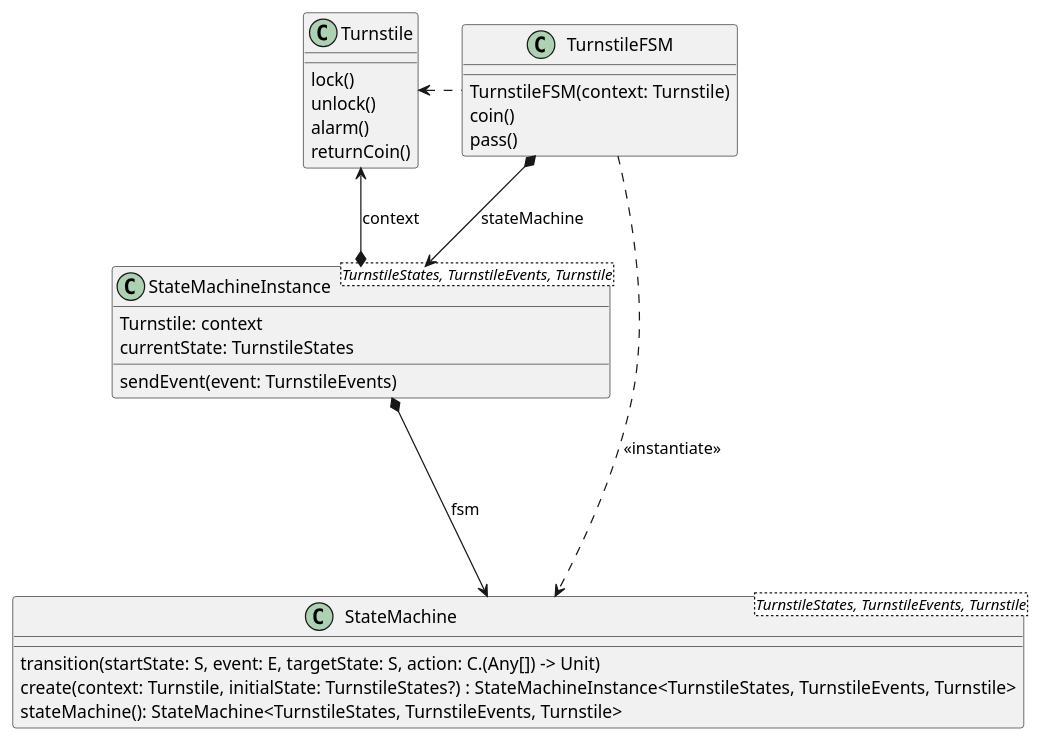
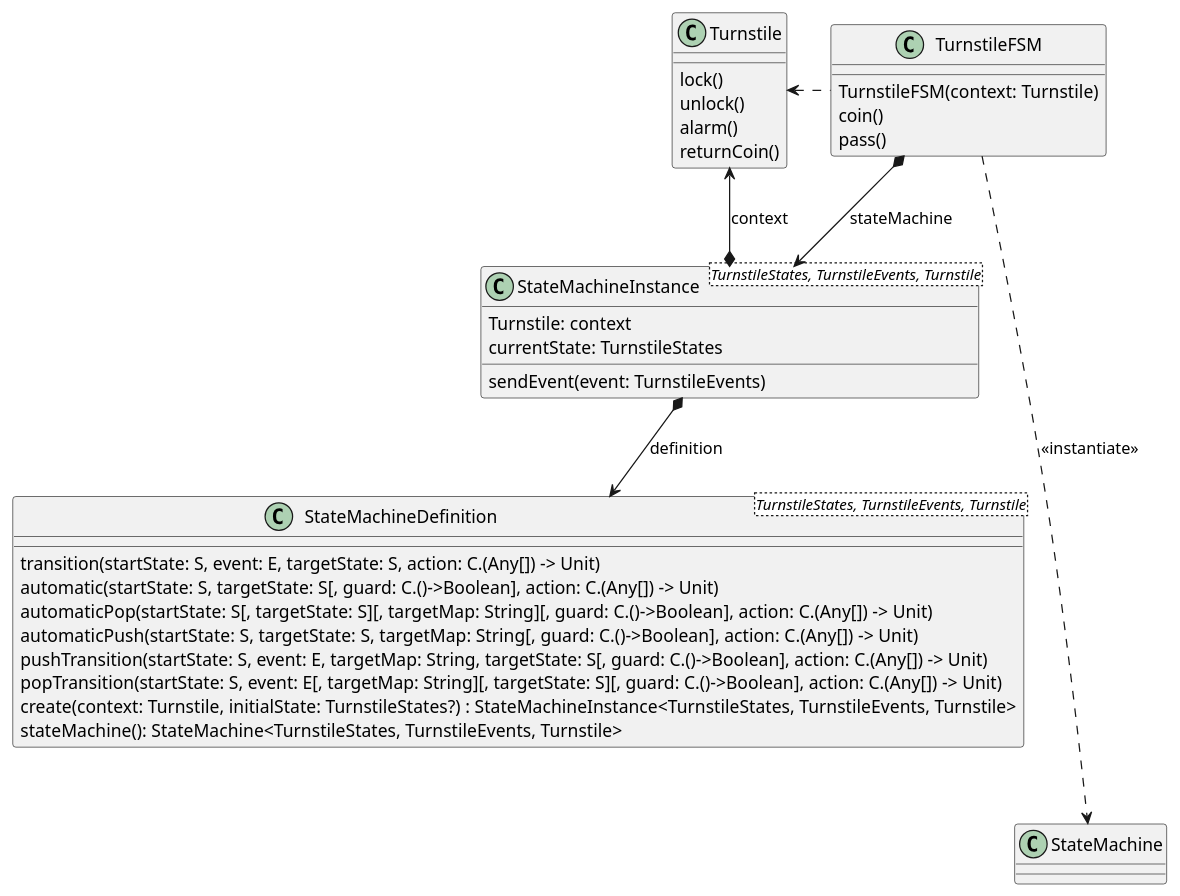
One commit to open-jumpco/kfsm changed the diagram in src/doc/plantuml/statemachine-packaged.plantuml. Above: the diagram before and after it, drawn with PlantUML. The commit also changed 27 other files, not shown here.

```diff
--- a/src/doc/plantuml/statemachine-packaged.plantuml
+++ b/src/doc/plantuml/statemachine-packaged.plantuml
@@ -1,35 +1,40 @@
 @startuml
 
 class Turnstile {
     lock()
     unlock()
     alarm()
     returnCoin()
 }
 
 class TurnstileFSM {
     TurnstileFSM(context: Turnstile)
     coin()
     pass()
 }
 
 class StateMachineInstance<TurnstileStates, TurnstileEvents, Turnstile> {
     Turnstile: context
     currentState: TurnstileStates
     sendEvent(event: TurnstileEvents)
 }
 
-class StateMachine<TurnstileStates, TurnstileEvents, Turnstile> {
+class StateMachineDefinition<TurnstileStates, TurnstileEvents, Turnstile> {
     transition(startState: S, event: E, targetState: S, action: C.(Any[]) -> Unit)
+    automatic(startState: S, targetState: S[, guard: C.()->Boolean], action: C.(Any[]) -> Unit)
+    automaticPop(startState: S[,  targetState: S][, targetMap: String][, guard: C.()->Boolean], action: C.(Any[]) -> Unit)
+    automaticPush(startState: S,  targetState: S, targetMap: String[, guard: C.()->Boolean], action: C.(Any[]) -> Unit)
+    pushTransition(startState: S, event: E, targetMap: String, targetState: S[, guard: C.()->Boolean], action: C.(Any[]) -> Unit)
+    popTransition(startState: S, event: E[, targetMap: String][, targetState: S][, guard: C.()->Boolean], action: C.(Any[]) -> Unit)
     create(context: Turnstile, initialState: TurnstileStates?) : StateMachineInstance<TurnstileStates, TurnstileEvents, Turnstile>
     stateMachine(): StateMachine<TurnstileStates, TurnstileEvents, Turnstile>
 }
 
 
 TurnstileFSM *--> StateMachineInstance: stateMachine
-StateMachineInstance *--> StateMachine : fsm
+StateMachineInstance *--> StateMachineDefinition : definition
 StateMachineInstance *-up-> Turnstile : context
 TurnstileFSM ...left...> Turnstile
 TurnstileFSM ....> StateMachine : <<instantiate>>
 
 @enduml
```
